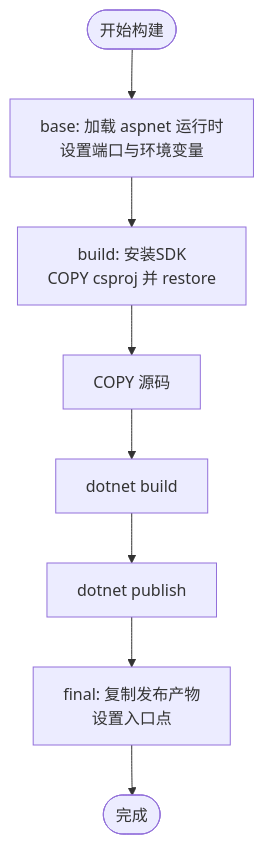
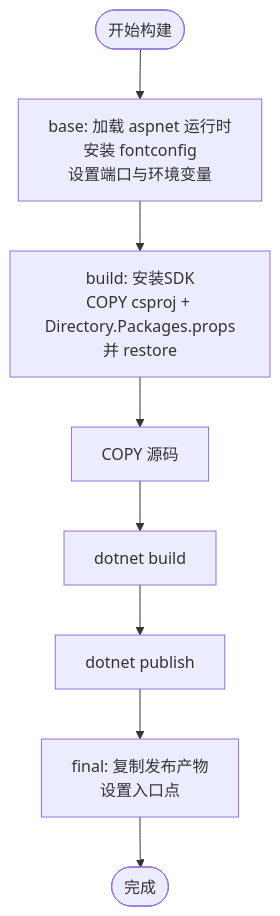
Before and after one commit to junkai-li/NetCoreKevin: the fourth of 5 diagrams in .qoder/repowiki/zh/content/部署运维/Docker容器化部署.md, drawn with Mermaid. The commit also changed other lines of this file and 45 other files, not shown here.

````diff
--- a/.qoder/repowiki/zh/content/部署运维/Docker容器化部署.md
+++ b/.qoder/repowiki/zh/content/部署运维/Docker容器化部署.md
@@ -171,10 +176,10 @@
 ```mermaid
 flowchart TD
-Start(["开始构建"]) --> Base["base: 加载 aspnet 运行时<br/>设置端口与环境变量"]
-Base --> Build["build: 安装SDK<br/>COPY csproj 并 restore"]
+Start(["开始构建"]) --> Base["base: 加载 aspnet 运行时<br/>安装 fontconfig<br/>设置端口与环境变量"]
+Base --> Build["build: 安装SDK<br/>COPY csproj + Directory.Packages.props<br/>并 restore"]
 Build --> CopySrc["COPY 源码"]
 CopySrc --> Compile["dotnet build"]
 Compile --> Publish["dotnet publish"]
 Publish --> Final["final: 复制发布产物<br/>设置入口点"]
 Final --> End(["完成"])
 ```
````
